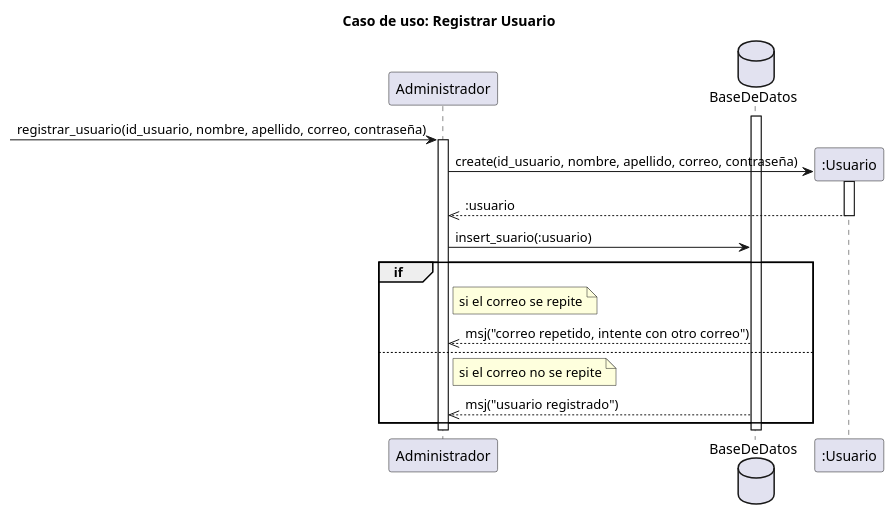
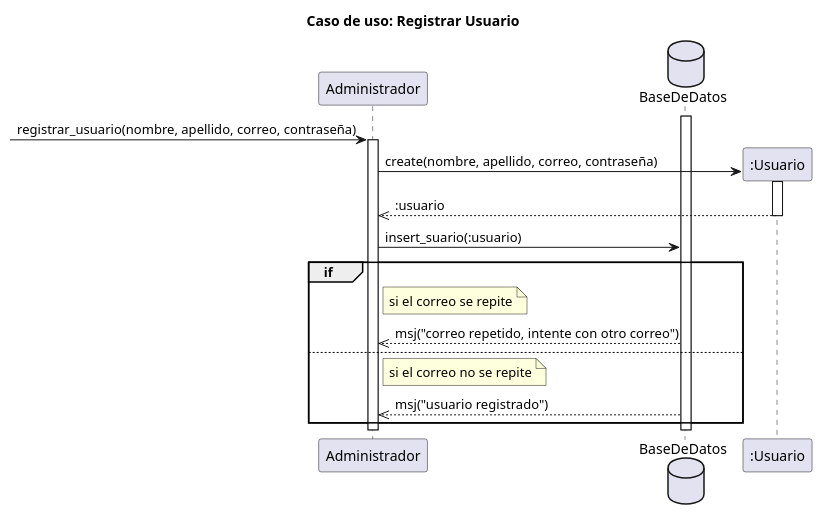
One commit to RubenE107/diagramas-de-dise-o-uml changed the diagram in interacion 2/Registrar u usuario.puml. Above: the diagram before and after it, drawn with PlantUML. The commit also changed 1 other file, not shown here.

Commit message:
eliminacion de id en registrar

```diff
--- a/interacion 2/Registrar u usuario.puml
+++ b/interacion 2/Registrar u usuario.puml
@@ -1,54 +1,54 @@
 @startuml
 title Caso de uso: Registrar Usuario
 
 participant "Administrador" as a
 database "BaseDeDatos" as db
 
 
 
- -> a:registrar_usuario(id_usuario, nombre, apellido, correo, contraseña)
+ -> a:registrar_usuario(nombre, apellido, correo, contraseña)
 activate a
 create ":Usuario" as u
-a -> u:create(id_usuario, nombre, apellido, correo, contraseña)
+a -> u:create(nombre, apellido, correo, contraseña)
 activate u
 u-->>a::usuario
 deactivate u
 a -> db:insert_suario(:usuario)
 group if 
 note right of a :si el correo se repite
 a<<--db:msj("correo repetido, intente con otro correo")
 else
 note right of a :si el correo no se repite
 a<<--db:msj("usuario registrado")
 end
 
 activate db
 deactivate db
 deactivate a
 
 
 
 
 
 
 ' actor ":Administrador" as U
 ' participant Sistema
 ' ->> Sistema: RegistrarUsuario()
 ' activate Sistema
 ' U->> Sistema: Click en "Registrarse"
 ' group Administrador
 
 ' Sistema->>U: Mostrar formulario (Nombre, Apellidos, Correo, Contraseña, Rol)
 ' U->> Sistema: Ingresar datos y click en "Registrarse"
 
 
 ' else Lector 
 
 ' Sistema->>U: Mostrar formulario (Nombre, Apellidos, Correo, Contraseña)
 ' U->> Sistema: Ingresar datos y click en "Registrarse"
 ' end
 
 
 
 
 @enduml
```
